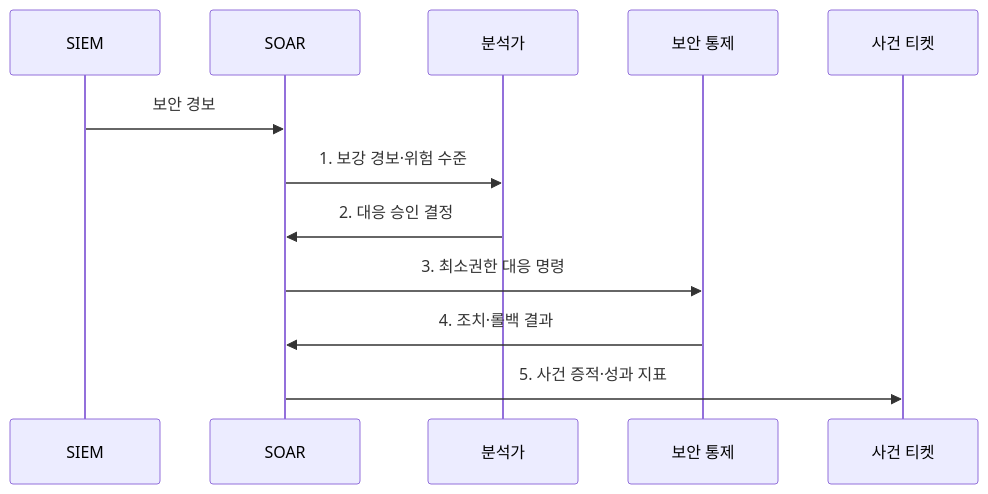
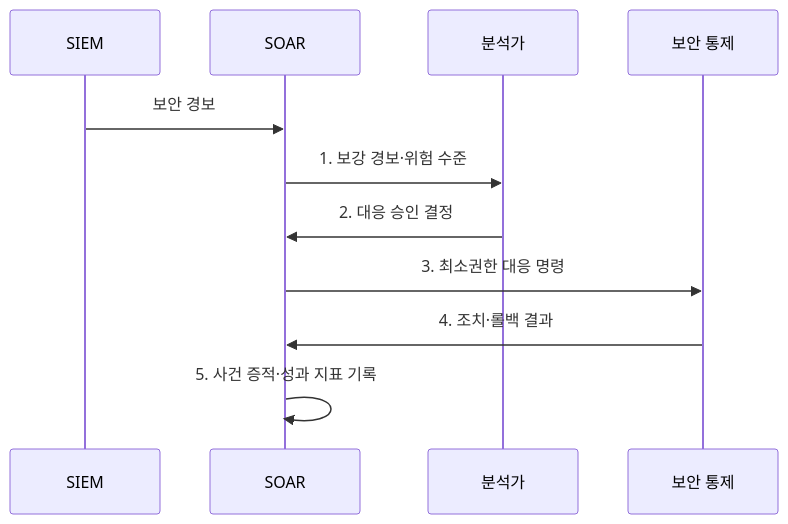
The second of 2 diagrams in src/content/docs/notes/05-security/121_security_orchestration_playbook.md (agnusdei1207/knowledge-base), drawn with Mermaid before and after one commit. The commit also changed other lines of this file and 3 other files, not shown here.

Commit message:
Simplify security lifecycle sequences

````diff
--- a/src/content/docs/notes/05-security/121_security_orchestration_playbook.md
+++ b/src/content/docs/notes/05-security/121_security_orchestration_playbook.md
@@ -98,14 +98,13 @@
 ```mermaid
 sequenceDiagram
   participant S as SIEM
   participant O as SOAR
   participant A as 분석가
   participant C as 보안 통제
-  participant T as 사건 티켓
   S->>O: 보안 경보
   O->>A: 1. 보강 경보·위험 수준
   A->>O: 2. 대응 승인 결정
   O->>C: 3. 최소권한 대응 명령
   C->>O: 4. 조치·롤백 결과
-  O->>T: 5. 사건 증적·성과 지표
+  O->>O: 5. 사건 증적·성과 지표 기록
 ```
````
